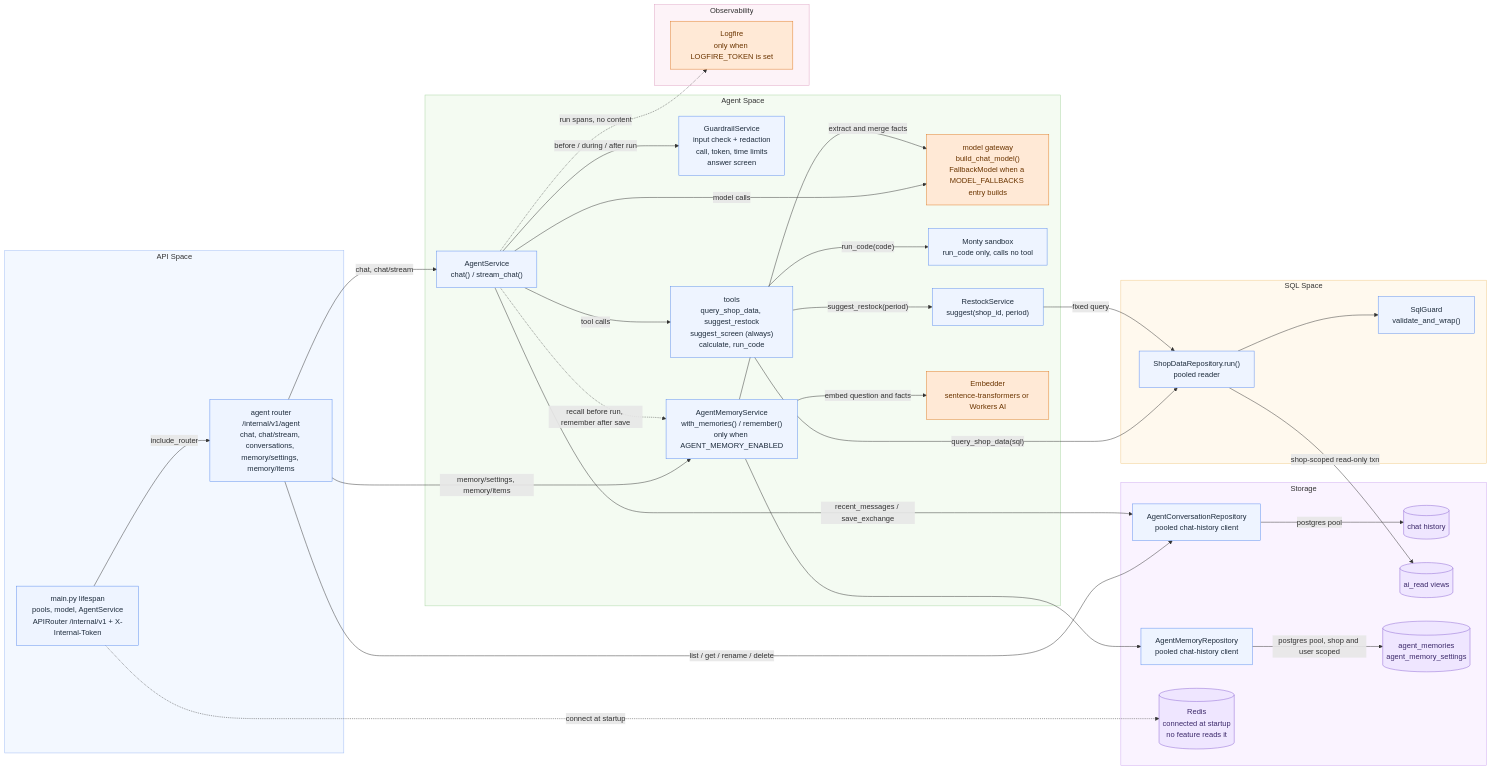
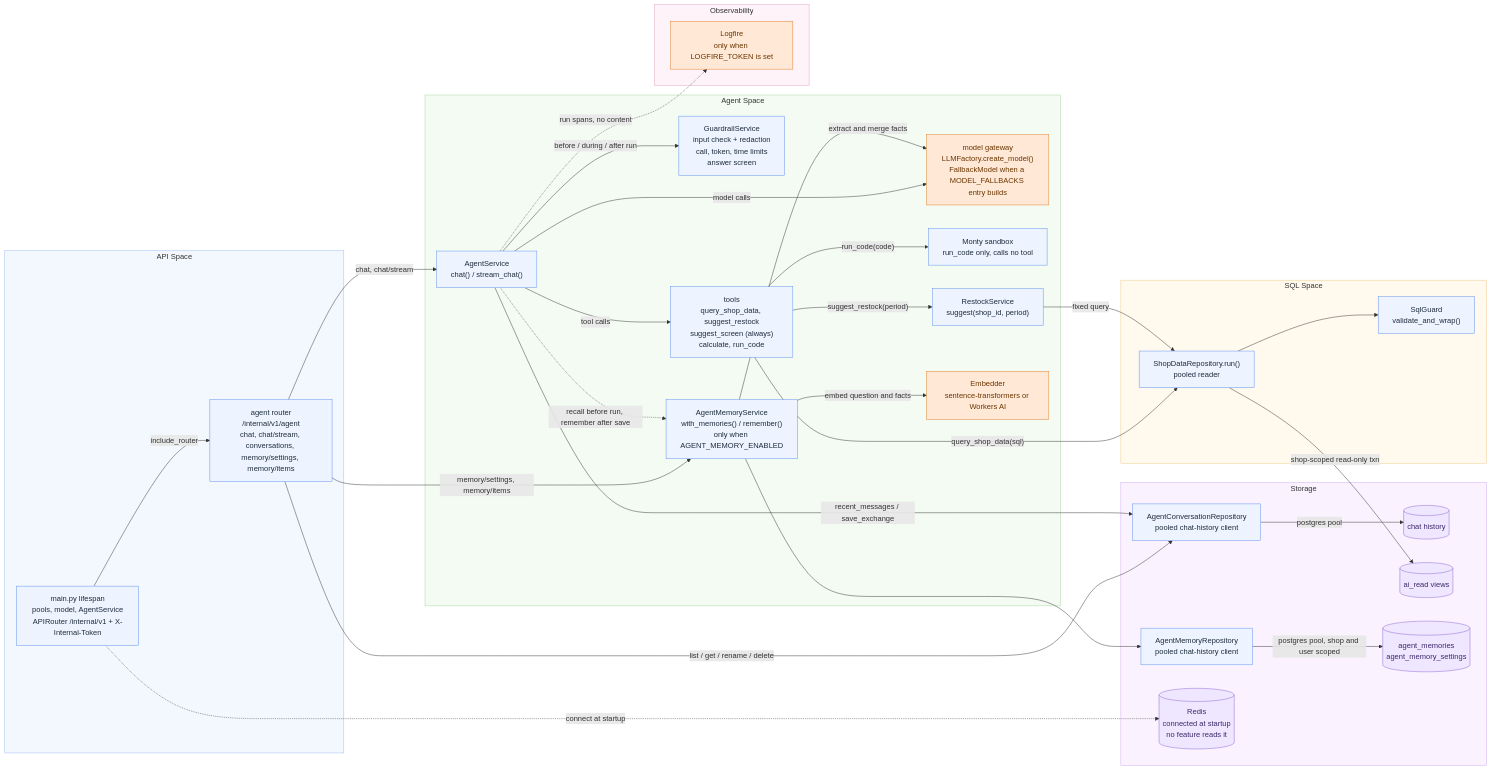
Diagram 13 of 14 in docs/architecture/service-walkthrough/README.md (miphu2804/smart-ledger), drawn with Mermaid before and after one commit. The commit also changed other lines of this file and 26 other files, not shown here.

````diff
--- a/docs/architecture/service-walkthrough/README.md
+++ b/docs/architecture/service-walkthrough/README.md
@@ -600,70 +600,70 @@
 ```mermaid
 flowchart LR
     subgraph API["API Space"]
         MAIN["main.py lifespan<br/>pools, model, AgentService<br/>APIRouter /internal/v1 + X-Internal-Token"]
         ROUTER["agent router<br/>/internal/v1/agent<br/>chat, chat/stream, conversations, memory/settings, memory/items"]
     end
 
     subgraph Agent["Agent Space"]
         SVC["AgentService<br/>chat() / stream_chat()"]
         GUARD["GuardrailService<br/>input check + redaction<br/>call, token, time limits<br/>answer screen"]
-        MODEL["model gateway<br/>build_chat_model()<br/>FallbackModel when a MODEL_FALLBACKS entry builds"]
+        MODEL["model gateway<br/>LLMFactory.create_model()<br/>FallbackModel when a MODEL_FALLBACKS entry builds"]
         TOOLS["tools<br/>query_shop_data, suggest_restock<br/>suggest_screen (always)<br/>calculate, run_code"]
         SANDBOX["Monty sandbox<br/>run_code only, calls no tool"]
         RESTOCK["RestockService<br/>suggest(shop_id, period)"]
         MEM["AgentMemoryService<br/>with_memories() / remember()<br/>only when AGENT_MEMORY_ENABLED"]
         EMB["Embedder<br/>sentence-transformers or Workers AI"]
     end
 
     subgraph SQL["SQL Space"]
         EXEC["ShopDataRepository.run()<br/>pooled reader"]
         SG["SqlGuard<br/>validate_and_wrap()"]
     end
 
     subgraph Store["Storage"]
         REPO["AgentConversationRepository<br/>pooled chat-history client"]
         PG[("chat history")]
         VIEWS[("ai_read views")]
         MREPO["AgentMemoryRepository<br/>pooled chat-history client"]
         MEMDB[("agent_memories<br/>agent_memory_settings")]
         REDIS[("Redis<br/>connected at startup<br/>no feature reads it")]
     end
 
     subgraph Obs["Observability"]
         LF["Logfire<br/>only when LOGFIRE_TOKEN is set"]
     end
 
     MAIN -->|"include_router"| ROUTER
     MAIN -.->|"connect at startup"| REDIS
     ROUTER -->|"chat, chat/stream"| SVC
     ROUTER -->|"list / get / rename / delete"| REPO
     SVC -->|"before / during / after run"| GUARD
     SVC -->|"model calls"| MODEL
     SVC -->|"tool calls"| TOOLS
     SVC -->|"recent_messages / save_exchange"| REPO
     SVC -.->|"run spans, no content"| LF
     TOOLS -->|"query_shop_data(sql)"| EXEC
     TOOLS -->|"suggest_restock(period)"| RESTOCK -->|"fixed query"| EXEC
     TOOLS -->|"run_code(code)"| SANDBOX
     EXEC --> SG
     EXEC -->|"shop-scoped read-only txn"| VIEWS
     REPO -->|"postgres pool"| PG
     ROUTER -->|"memory/settings, memory/items"| MEM
     SVC -.->|"recall before run, remember after save"| MEM
     MEM -->|"embed question and facts"| EMB
     MEM -->|"extract and merge facts"| MODEL
     MEM --> MREPO -->|"postgres pool, shop and user scoped"| MEMDB
     classDef default fill:#eef4ff,stroke:#5b8def,color:#1f2d3d
     classDef decision fill:#fff4cc,stroke:#d4a017,color:#5c4400
     classDef error fill:#fde2e1,stroke:#d9534f,color:#8a1f1b
     classDef terminal fill:#dff5e3,stroke:#3c9d5d,color:#1e5631
     classDef store fill:#efe6ff,stroke:#8a63d2,color:#3d2a6b
     classDef shared fill:#ffe9d6,stroke:#e07b24,color:#6b3500
     class PG,VIEWS,REDIS,MEMDB store
     class MODEL,LF,EMB shared
     style API fill:#f3f8ff,stroke:#9dbcf5
     style Agent fill:#f4fbf2,stroke:#a8d5a2
     style SQL fill:#fff9ee,stroke:#f0c987
     style Store fill:#faf3ff,stroke:#cfa8f0
     style Obs fill:#fdf3f8,stroke:#e0a3c4
 ```
````
